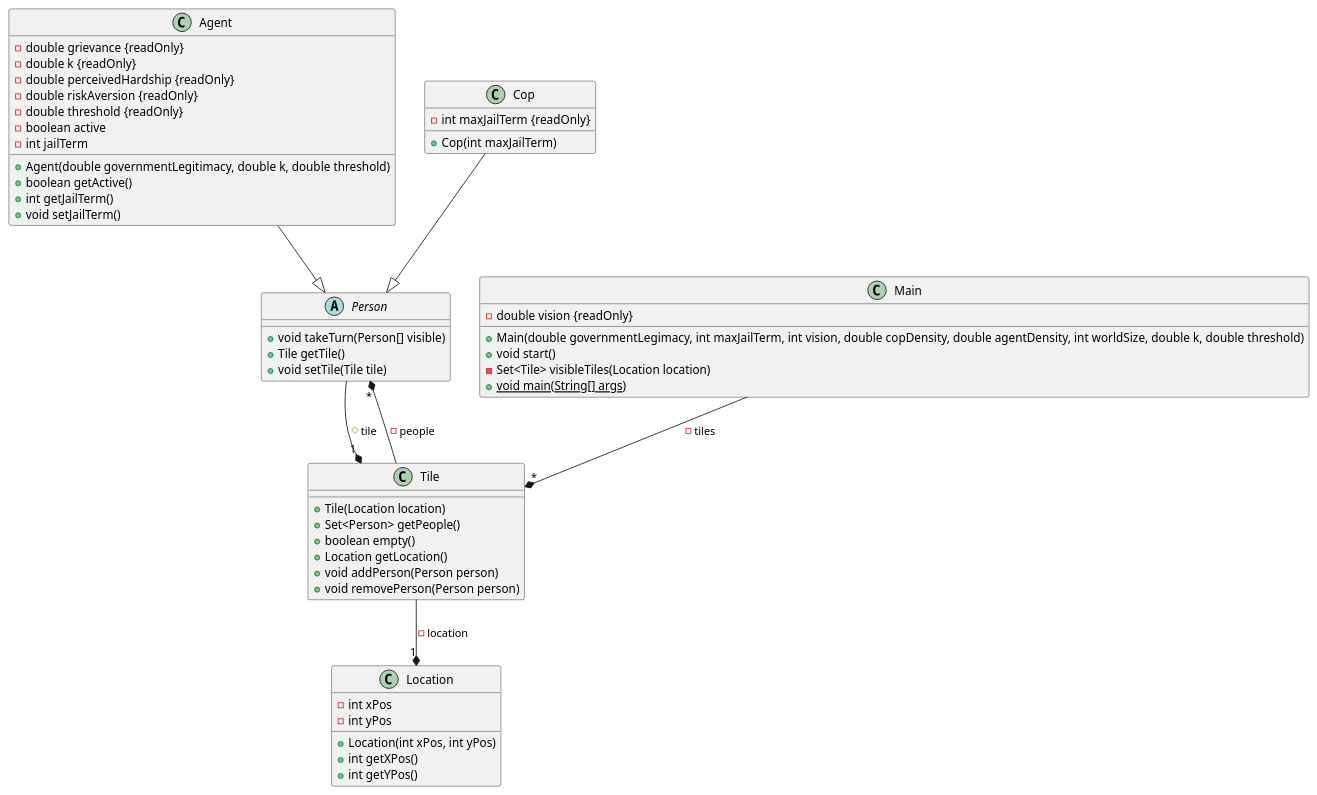
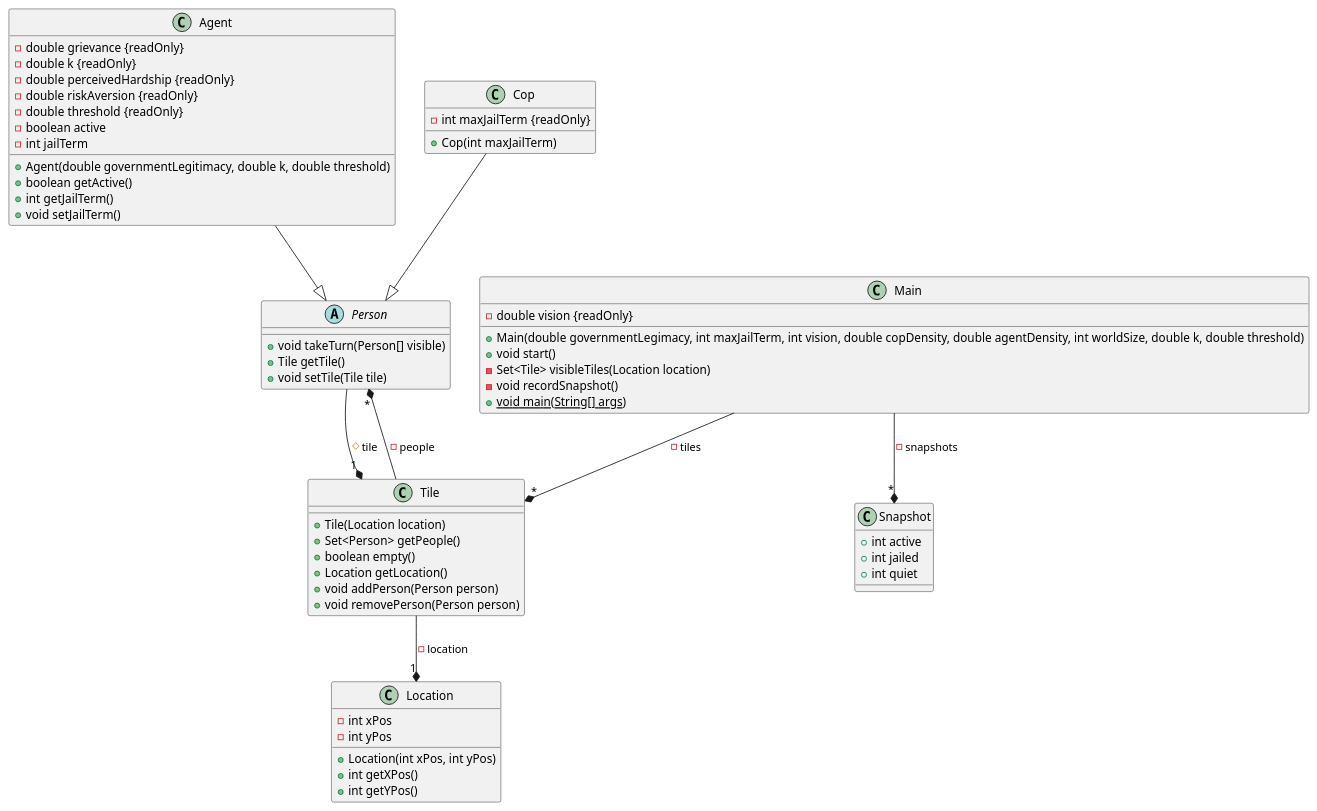
One commit to jofrancis1997/rebellion changed the diagram in docs/classes.puml. Above: the diagram before and after it, drawn with PlantUML. The commit also changed 2 other files, not shown here.

Commit message:
chore: record snapshot at the end of each turn

```diff
--- a/docs/classes.puml
+++ b/docs/classes.puml
@@ -1,61 +1,69 @@
 @startuml Rebellion
 
 class Agent {
     - double grievance {readOnly}
     - double k {readOnly}
     - double perceivedHardship {readOnly}
     - double riskAversion {readOnly}
     - double threshold {readOnly}
     - boolean active
     - int jailTerm
     + Agent(double governmentLegitimacy, double k, double threshold)
     + boolean getActive()
     + int getJailTerm()
     + void setJailTerm()
 }
 
 class Cop {
     - int maxJailTerm {readOnly}
     + Cop(int maxJailTerm)
 }
 
 class Location {
     - int xPos
     - int yPos
     + Location(int xPos, int yPos)
     + int getXPos()
     + int getYPos()
 }
 
 class Main {
     - double vision {readOnly}
     + Main(double governmentLegimacy, int maxJailTerm, int vision, double copDensity, double agentDensity, int worldSize, double k, double threshold)
     + void start()
     - Set<Tile> visibleTiles(Location location)
+    - void recordSnapshot()
     + void main(String[] args) {static}
 }
 
 abstract class Person {
     + void takeTurn(Person[] visible)
     + Tile getTile()
     + void setTile(Tile tile)
+}
+
+class Snapshot {
+    + int active
+    + int jailed
+    + int quiet
 }
 
 class Tile {
     + Tile(Location location)
     + Set<Person> getPeople()
     + boolean empty()
     + Location getLocation()
     + void addPerson(Person person)
     + void removePerson(Person person)
 }
 
 
 Main --* "*" Tile : - tiles
+Main --* "*" Snapshot : - snapshots
 Agent --|> Person
 Cop --|> Person
 Tile --* "*" Person : - people
 Person --* "1" Tile : # tile
 Tile --* "1" Location : - location
 
 @enduml
```
